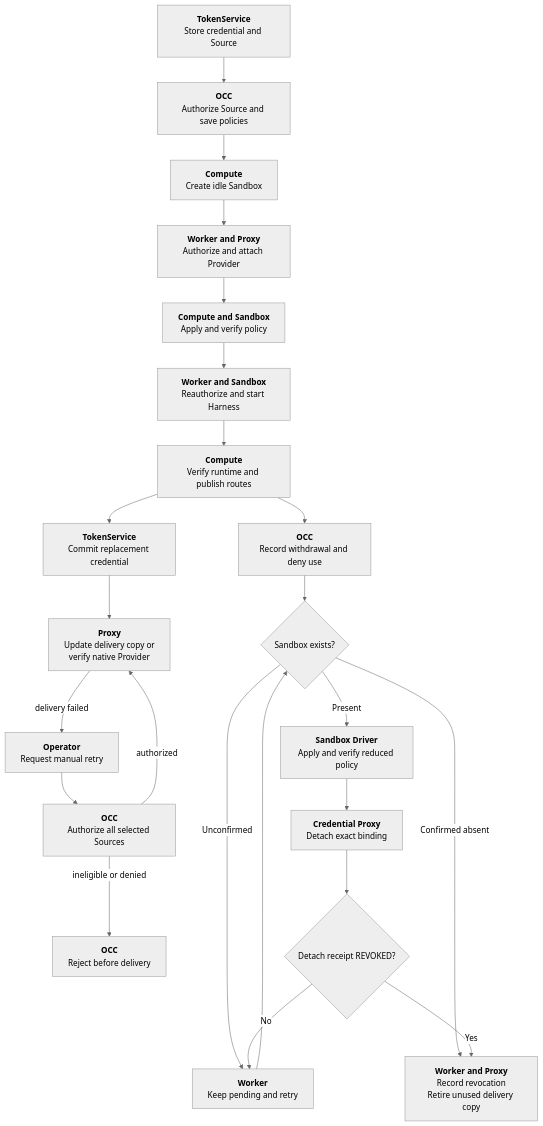
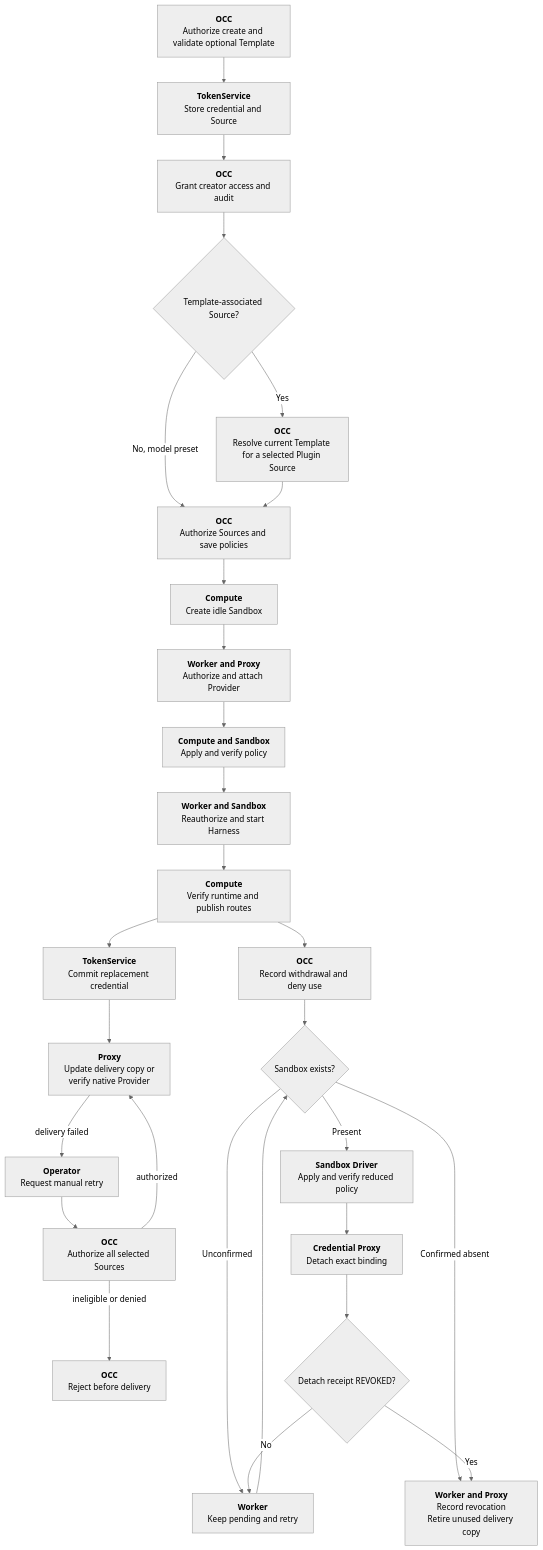
One commit to openclaw/openclaw-enterprise changed the diagram in docs/flows/credential-source-lifecycle.md. Above: the diagram before and after it, drawn with Mermaid (neutral theme). The commit also changed other lines of this file and 684 other files, not shown here.

First line of the commit message:
Credential cutover: TokenService and native Credential Proxy (#7224)

````diff
--- a/docs/flows/credential-source-lifecycle.md
+++ b/docs/flows/credential-source-lifecycle.md
@@ -23,25 +23,30 @@
 ```mermaid
 graph TD
-  Register["<b>TokenService</b><br/>Store credential and Source"] --> Admit["<b>OCC</b><br/>Authorize Source and save policies"]
+  Select["<b>OCC</b><br/>Authorize create and validate optional Template"] --> Register["<b>TokenService</b><br/>Store credential and Source"]
+  Register --> Associate["<b>OCC</b><br/>Grant creator access and audit"]
+  Associate --> Kind{"Template-associated Source?"}
+  Kind -->|Yes| Discover["<b>OCC</b><br/>Resolve current Template for a selected Plugin Source"]
+  Kind -->|No, model preset| Admit["<b>OCC</b><br/>Authorize Sources and save policies"]
+  Discover --> Admit
   Admit --> Target["<b>Compute</b><br/>Create idle Sandbox"]
   Target --> Delivery["<b>Worker and Proxy</b><br/>Authorize and attach Provider"]
   Delivery --> Ready["<b>Compute and Sandbox</b><br/>Apply and verify policy"]
   Ready --> Activate["<b>Worker and Sandbox</b><br/>Reauthorize and start Harness"]
   Activate --> Traffic["<b>Compute</b><br/>Verify runtime and publish routes"]
   Traffic --> Update["<b>TokenService</b><br/>Commit replacement credential"]
   Update --> Notify["<b>Proxy</b><br/>Update delivery copy or<br/>verify native Provider"]
   Notify -->|delivery failed| Retry["<b>Operator</b><br/>Request manual retry"]
   Retry --> Preflight["<b>OCC</b><br/>Authorize all selected Sources"]
   Preflight -->|authorized| Notify
   Preflight -->|ineligible or denied| Reject["<b>OCC</b><br/>Reject before delivery"]
   Traffic --> Deny["<b>OCC</b><br/>Record withdrawal and deny use"]
   Deny --> WithdrawalTarget{"Sandbox exists?"}
   WithdrawalTarget -->|Present| Policy["<b>Sandbox Driver</b><br/>Apply and verify reduced policy"]
   WithdrawalTarget -->|Confirmed absent| Complete
   WithdrawalTarget -->|Unconfirmed| Pending
   Policy --> Detach["<b>Credential Proxy</b><br/>Detach exact binding"]
   Detach --> Receipt{"Detach receipt REVOKED?"}
   Receipt -->|No| Pending["<b>Worker</b><br/>Keep pending and retry"]
   Pending --> WithdrawalTarget
   Receipt -->|Yes| Complete["<b>Worker and Proxy</b><br/>Record revocation<br/>Retire unused delivery copy"]
 ```
````
